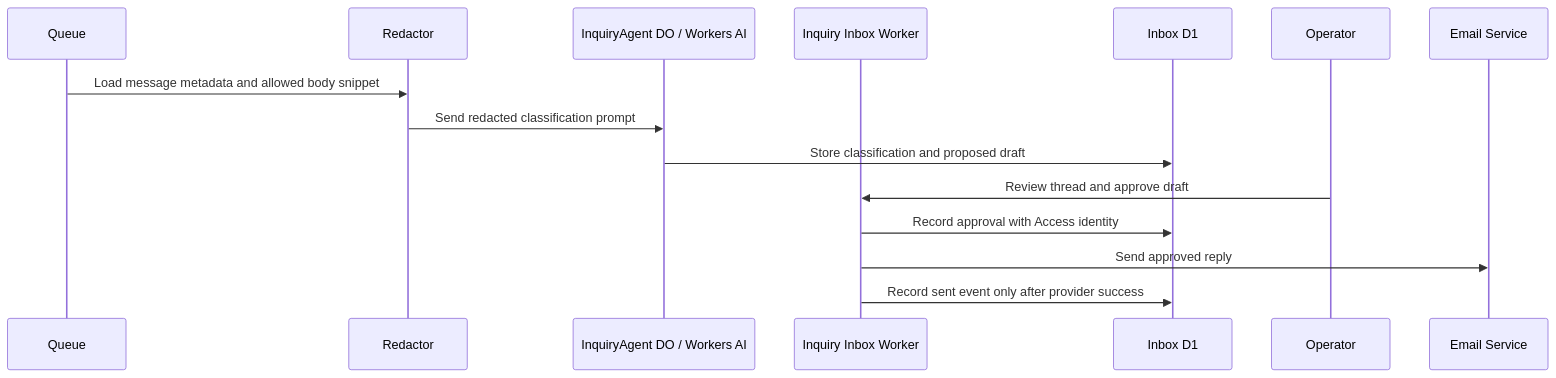
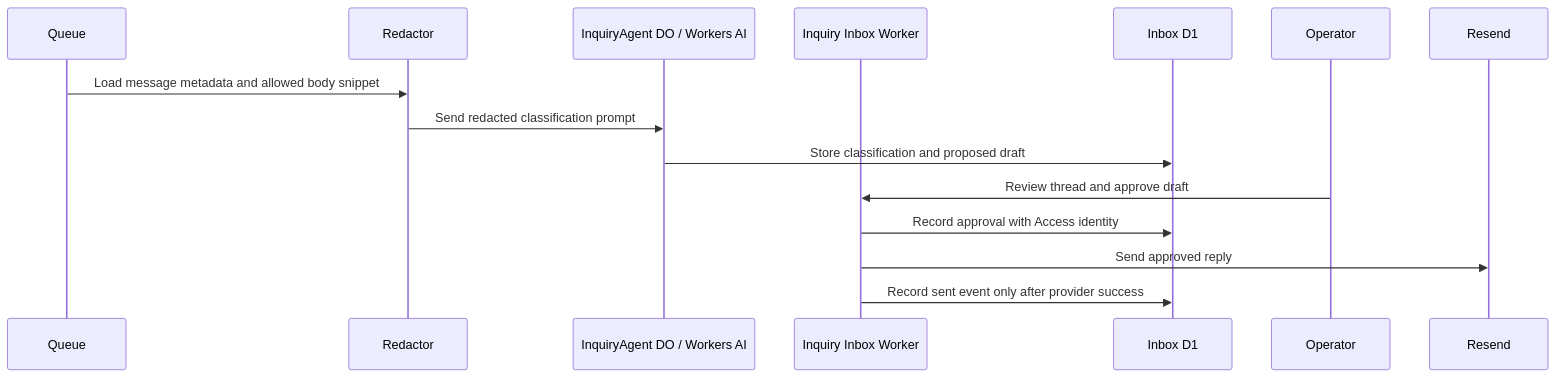
Before and after one commit to kazu-42/HonoWarden: the fourth of 4 diagrams in docs/operations/ai-inquiry-inbox.md, drawn with Mermaid. The commit also changed other lines of this file and 14 other files, not shown here.

````diff
--- a/docs/operations/ai-inquiry-inbox.md
+++ b/docs/operations/ai-inquiry-inbox.md
@@ -218,18 +231,18 @@
 ```mermaid
 sequenceDiagram
   participant Queue
   participant Redactor
   participant Agent as InquiryAgent DO / Workers AI
   participant Worker as Inquiry Inbox Worker
   participant D1 as Inbox D1
   participant Operator
-  participant Email as Email Service
+  participant Provider as Resend
 
   Queue->>Redactor: Load message metadata and allowed body snippet
   Redactor->>Agent: Send redacted classification prompt
   Agent->>D1: Store classification and proposed draft
   Operator->>Worker: Review thread and approve draft
   Worker->>D1: Record approval with Access identity
-  Worker->>Email: Send approved reply
+  Worker->>Provider: Send approved reply
   Worker->>D1: Record sent event only after provider success
 ```
````
